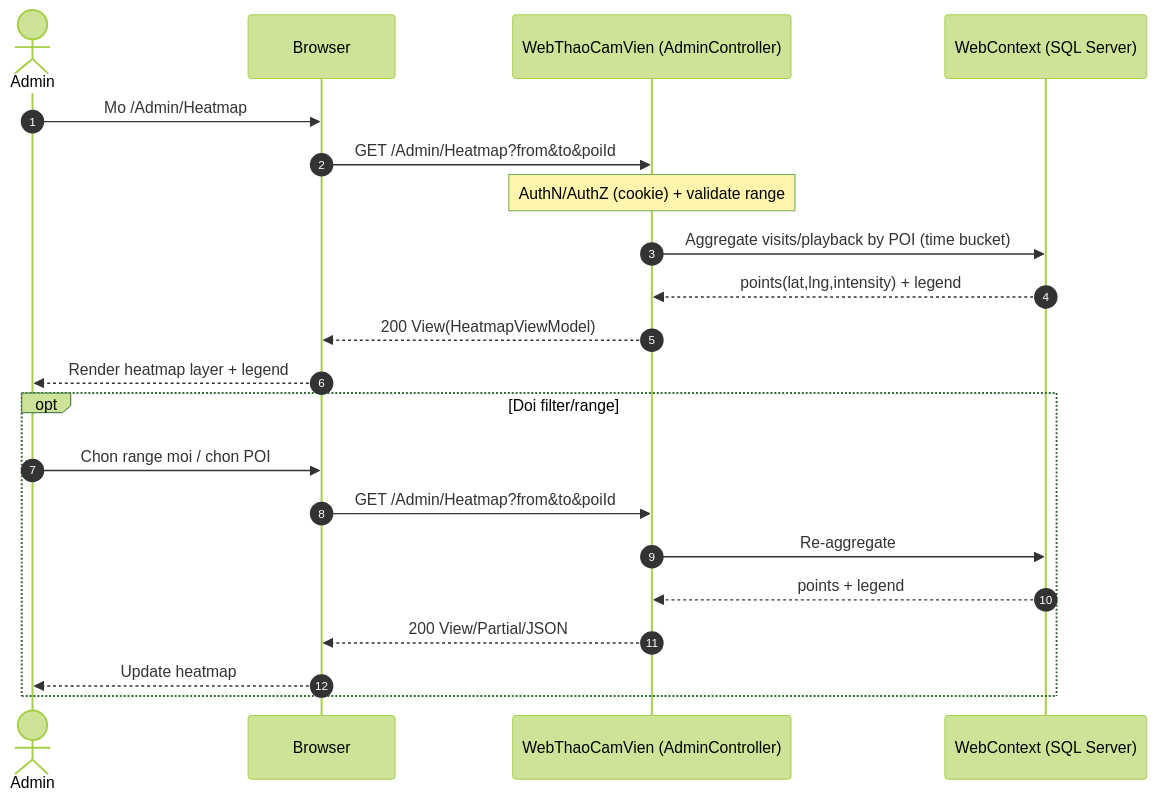
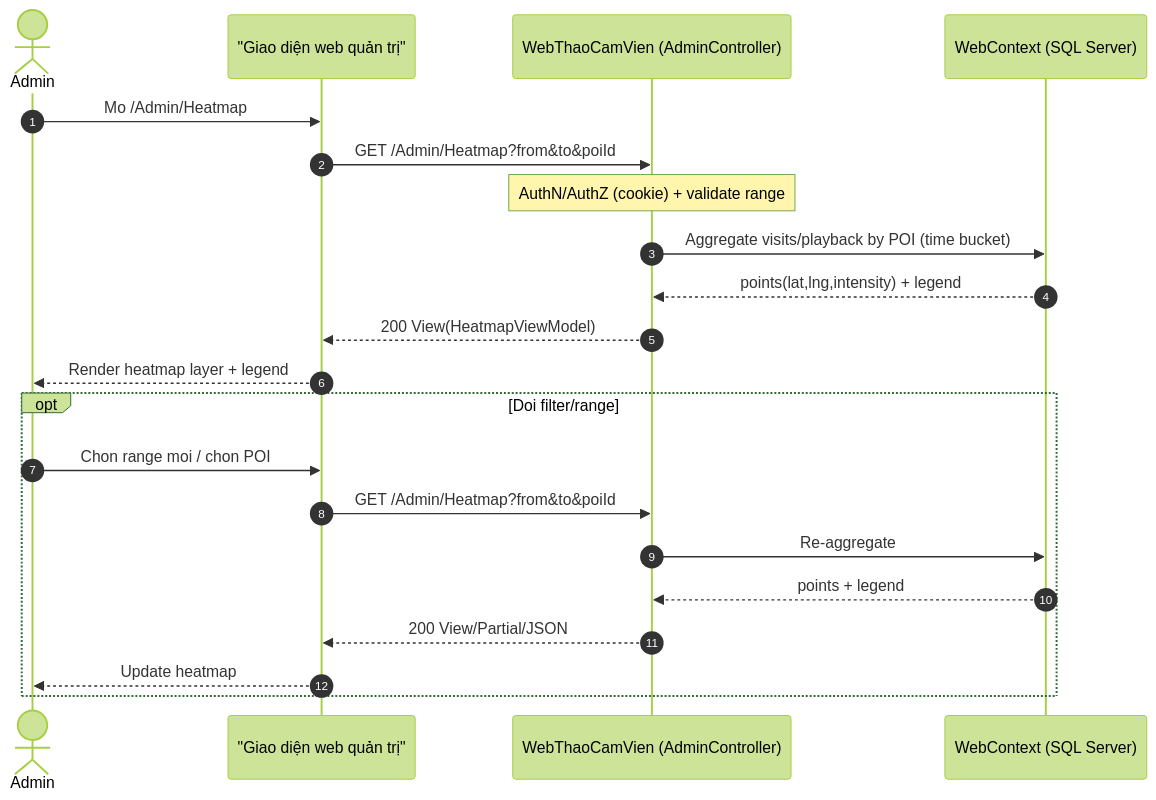
Before and after one commit to Dungnguyen-dev0304/ThaoCamVien: the diagram in WebThaoCamVien/docs/sequence-diagrams/_mmd/20-admin-heatmap.mmd, drawn with Mermaid (forest theme). The commit also changed 25 other files, not shown here.

```diff
--- a/WebThaoCamVien/docs/sequence-diagrams/_mmd/20-admin-heatmap.mmd
+++ b/WebThaoCamVien/docs/sequence-diagrams/_mmd/20-admin-heatmap.mmd
@@ -1,26 +1,26 @@
 sequenceDiagram
     autonumber
     actor U as Admin
-    participant B as Browser
+    participant B as "Giao diện web quản trị"
     participant W as WebThaoCamVien (AdminController)
     participant DB as WebContext (SQL Server)
 
     U->>B: Mo /Admin/Heatmap
     B->>W: GET /Admin/Heatmap?from&to&poiId
 
     Note over W: AuthN/AuthZ (cookie) + validate range
 
     W->>DB: Aggregate visits/playback by POI (time bucket)
     DB-->>W: points(lat,lng,intensity) + legend
 
     W-->>B: 200 View(HeatmapViewModel)
     B-->>U: Render heatmap layer + legend
 
     opt Doi filter/range
         U->>B: Chon range moi / chon POI
         B->>W: GET /Admin/Heatmap?from&to&poiId
         W->>DB: Re-aggregate
         DB-->>W: points + legend
         W-->>B: 200 View/Partial/JSON
         B-->>U: Update heatmap
     end
```
